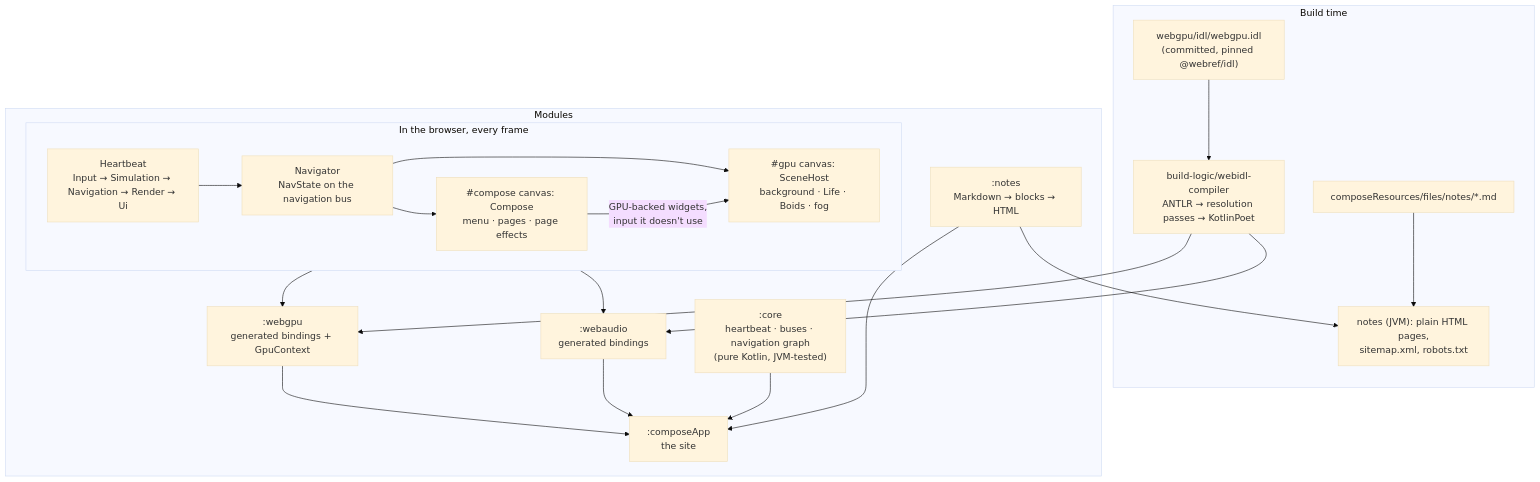
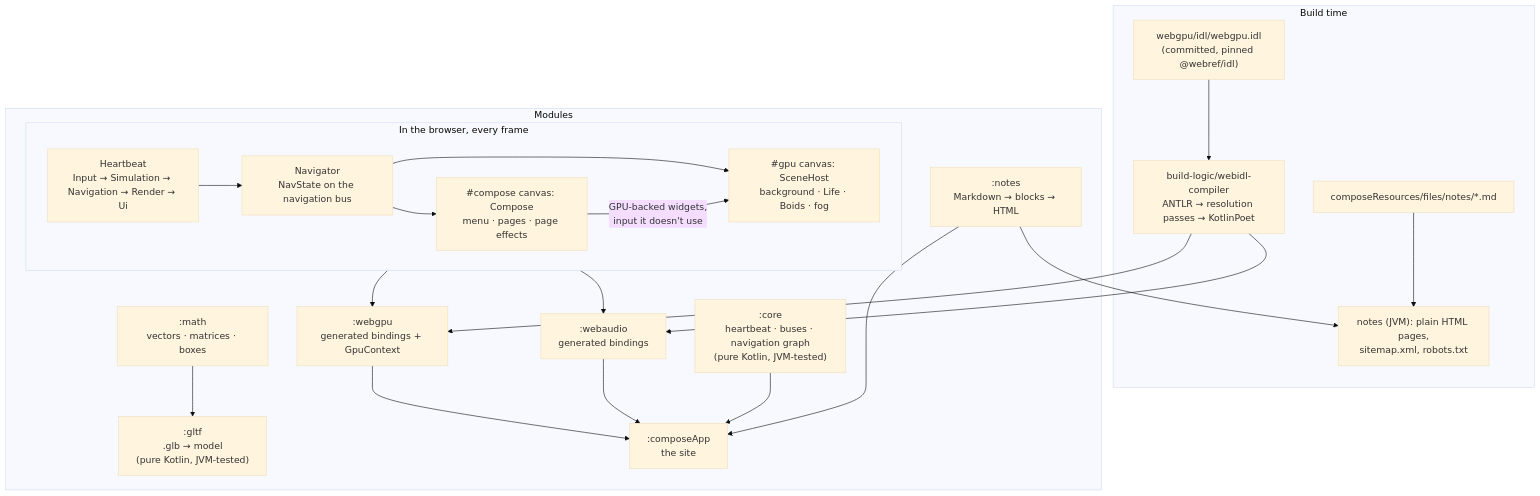
Before and after one commit to maximums/maximums.github.io: the diagram in README.md, drawn with Mermaid (base theme). The commit also changed other lines of this file and 32 other files, not shown here.

First line of the commit message:
[ADD] The glTF reader: :math and :gltf, pure Kotlin

````diff
--- a/README.md
+++ b/README.md
@@ -11,41 +11,44 @@
 ```mermaid
 flowchart TB
     subgraph build["Build time"]
         idl["webgpu/idl/webgpu.idl<br/>(committed, pinned @webref/idl)"]
         compiler["build-logic/webidl-compiler<br/>ANTLR → resolution passes → KotlinPoet"]
         md["composeResources/files/notes/*.md"]
         site["notes (JVM): plain HTML pages,<br/>sitemap.xml, robots.txt"]
         idl --> compiler
         md --> site
     end
 
     subgraph modules["Modules"]
         webgpu[":webgpu<br/>generated bindings + GpuContext"]
         webaudio[":webaudio<br/>generated bindings"]
         runtime[":webidl-runtime<br/>what generated code calls"]
         core[":core<br/>heartbeat · buses · navigation graph<br/>(pure Kotlin, JVM-tested)"]
         notes[":notes<br/>Markdown → blocks → HTML"]
+        math[":math<br/>vectors · matrices · boxes"]
+        gltf[":gltf<br/>.glb → model<br/>(pure Kotlin, JVM-tested)"]
         app[":composeApp<br/>the site"]
     end
 
     compiler --> webgpu
     compiler --> webaudio
     runtime --> webgpu
     runtime --> webaudio
     webgpu --> app
     webaudio --> app
     core --> app
     notes --> app
     notes --> site
+    math --> gltf
 
     subgraph runtime["In the browser, every frame"]
         heartbeat["Heartbeat<br/>Input → Simulation → Navigation → Render → Ui"]
         nav["Navigator<br/>NavState on the navigation bus"]
         gpu["#gpu canvas: SceneHost<br/>background · Life · Boids · fog"]
         ui["#compose canvas: Compose<br/>menu · pages · page effects"]
         heartbeat --> nav
         nav --> gpu
         nav --> ui
         ui -- "GPU-backed widgets,<br/>input it doesn't use" --> gpu
     end
 ```
````
